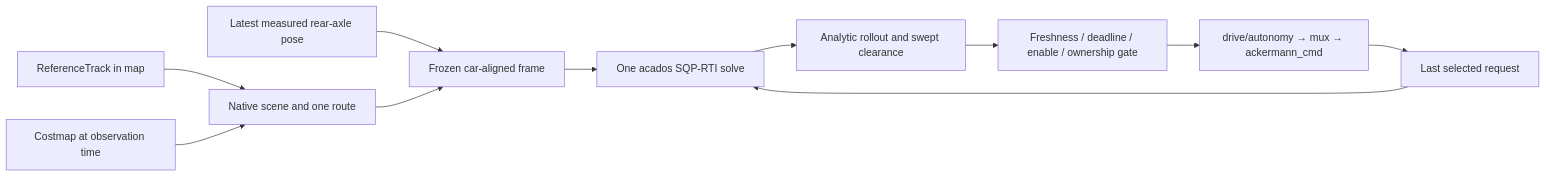
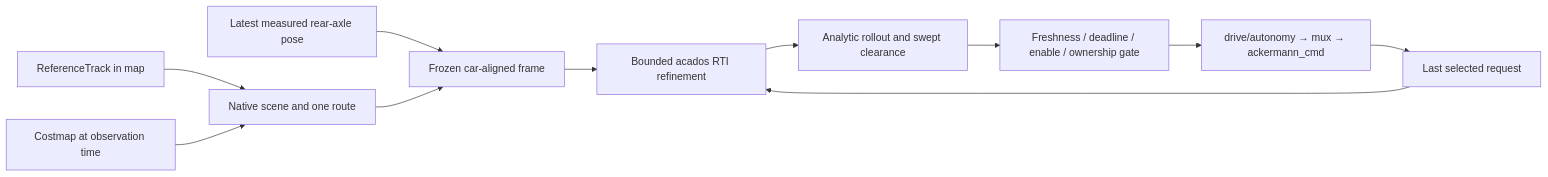
Before and after one commit to WATonomous/wato_f1tenth: the diagram in src/robot/mpc_controller/README.md, drawn with Mermaid. The commit also changed other lines of this file and 14 other files, not shown here.

````diff
--- a/src/robot/mpc_controller/README.md
+++ b/src/robot/mpc_controller/README.md
@@ -80,13 +81,13 @@
 ```mermaid
 flowchart LR
     R[ReferenceTrack in map] --> P[Native scene and one route]
     G[Costmap at observation time] --> P
     O[Latest measured rear-axle pose] --> F[Frozen car-aligned frame]
     P --> F
-    F --> S[One acados SQP-RTI solve]
+    F --> S[Bounded acados RTI refinement]
     S --> V[Analytic rollout and swept clearance]
     V --> Q[Freshness / deadline / enable / ownership gate]
     Q --> M[drive/autonomy → mux → ackermann_cmd]
     M --> H[Last selected request]
     H --> S
 ```
````
